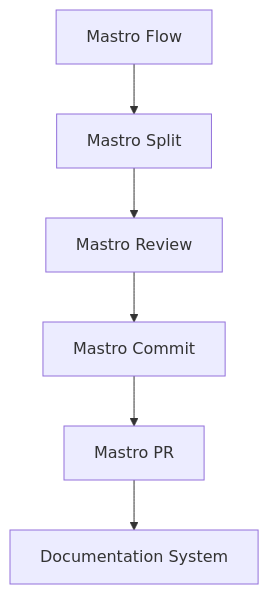
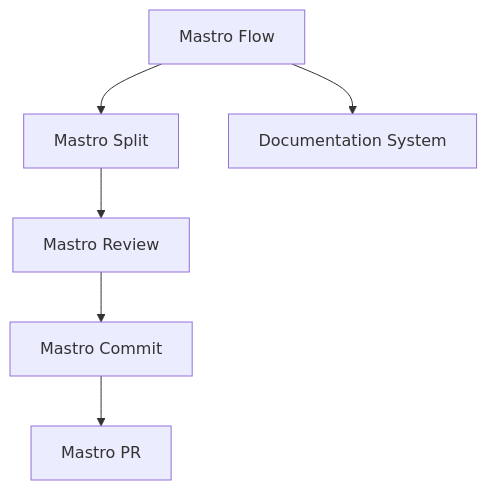
One commit to geogoesbeepboop/refiner changed the first of 3 diagrams in docs/architecture.md. Above: the diagram before and after it, drawn with Mermaid. The commit also changed other lines of this file and 6 other files, not shown here.

````diff
--- a/docs/architecture.md
+++ b/docs/architecture.md
@@ -38,8 +40,8 @@
 ```mermaid
 graph TD;
     A[Mastro Flow] --> B[Mastro Split];
     B --> C[Mastro Review];
     C --> D[Mastro Commit];
     D --> E[Mastro PR];
-    E --> F[Documentation System];
+    A --> F[Documentation System];
 ```
````
